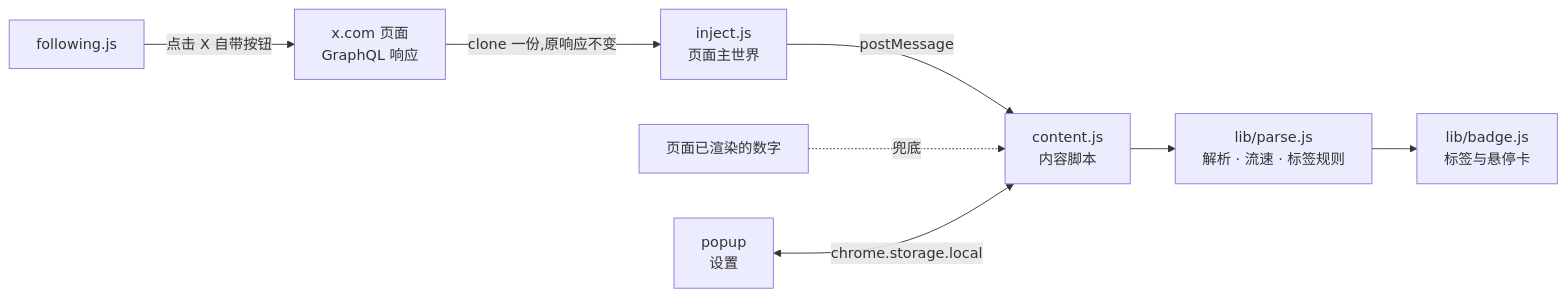
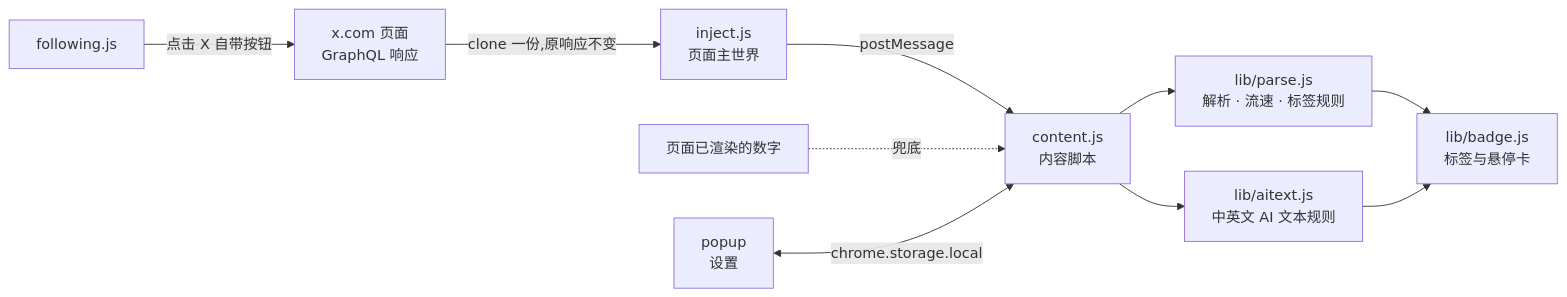
One commit to Andrew-liu/snow-x-assistant changed the diagram in README.md. Above: the diagram before and after it, drawn with Mermaid. The commit also changed other lines of this file and 15 other files, not shown here.

````diff
--- a/README.md
+++ b/README.md
@@ -171,10 +212,12 @@
 ```mermaid
 flowchart LR
   X["x.com 页面<br/>GraphQL 响应"] -->|"clone 一份,原响应不变"| I["inject.js<br/>页面主世界"]
   I -->|postMessage| C["content.js<br/>内容脚本"]
   D["页面已渲染的数字"] -.->|兜底| C
   C --> P["lib/parse.js<br/>解析 · 流速 · 标签规则"]
+  C --> A["lib/aitext.js<br/>中英文 AI 文本规则"]
   P --> B["lib/badge.js<br/>标签与悬停卡"]
+  A --> B
   F["following.js"] -->|"点击 X 自带按钮"| X
   S["popup<br/>设置"] <-->|chrome.storage.local| C
 ```
````
